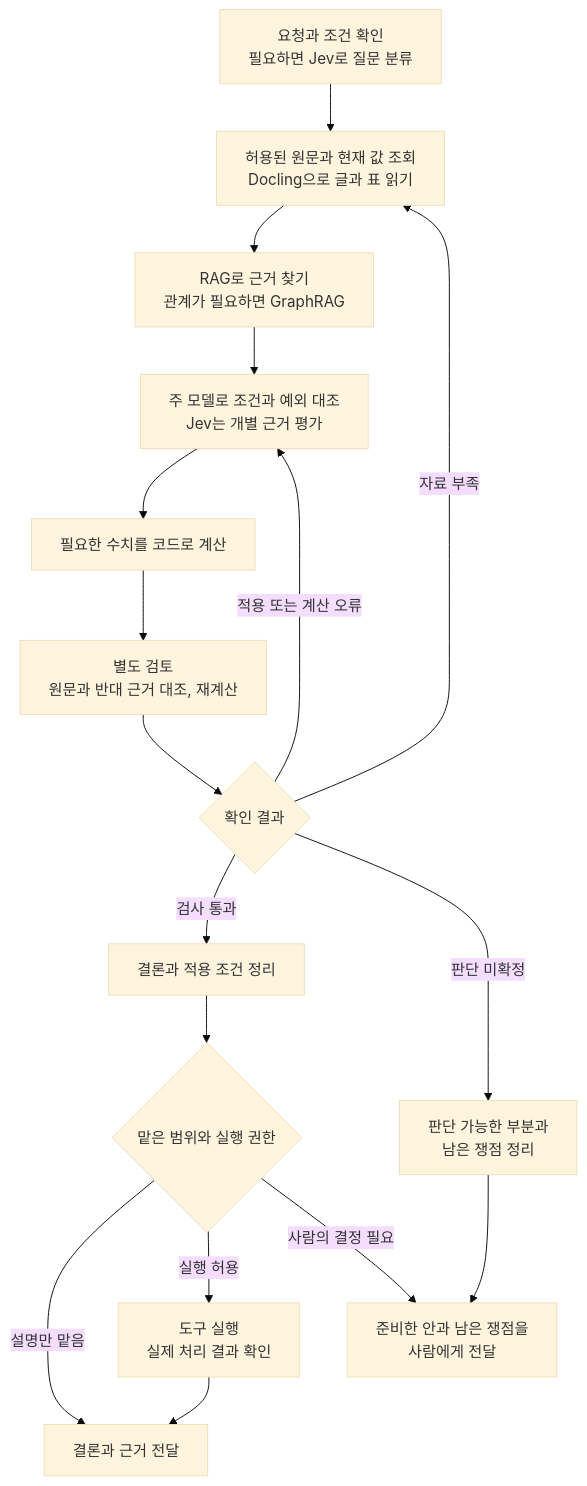
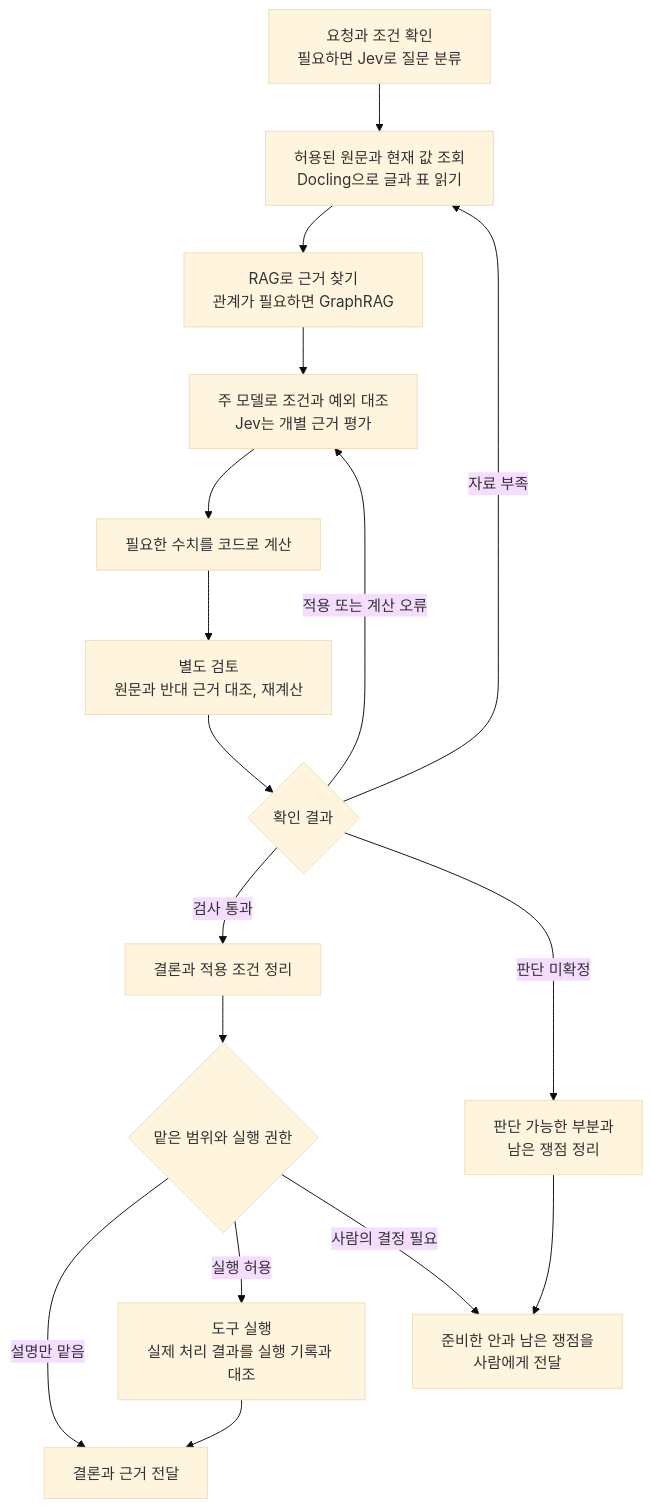
One commit to harisbaguette/expert changed the diagram in 전문 판단의 신뢰성.md. Above: the diagram before and after it, drawn with Mermaid (base theme). The commit also changed other lines of this file and 6 other files, not shown here.

````diff
--- a/전문 판단의 신뢰성.md
+++ b/전문 판단의 신뢰성.md
@@ -395,19 +426,19 @@
 ```mermaid
 flowchart TB
     A[요청과 조건 확인<br/>필요하면 Jev로 질문 분류] --> B[허용된 원문과 현재 값 조회<br/>Docling으로 글과 표 읽기]
     B --> C[RAG로 근거 찾기<br/>관계가 필요하면 GraphRAG]
     C --> D[주 모델로 조건과 예외 대조<br/>Jev는 개별 근거 평가]
     D --> E[필요한 수치를 코드로 계산]
     E --> F[별도 검토<br/>원문과 반대 근거 대조, 재계산]
     F --> G{확인 결과}
     G -->|자료 부족| B
     G -->|적용 또는 계산 오류| D
     G -->|검사 통과| H[결론과 적용 조건 정리]
     G -->|판단 미확정| I[판단 가능한 부분과<br/>남은 쟁점 정리]
     H --> J{맡은 범위와 실행 권한}
     J -->|설명만 맡음| L[결론과 근거 전달]
-    J -->|실행 허용| K[도구 실행<br/>실제 처리 결과 확인]
+    J -->|실행 허용| K[도구 실행<br/>실제 처리 결과를 실행 기록과 대조]
     J -->|사람의 결정 필요| M[준비한 안과 남은 쟁점을<br/>사람에게 전달]
     K --> L
     I --> M
 ```
````
